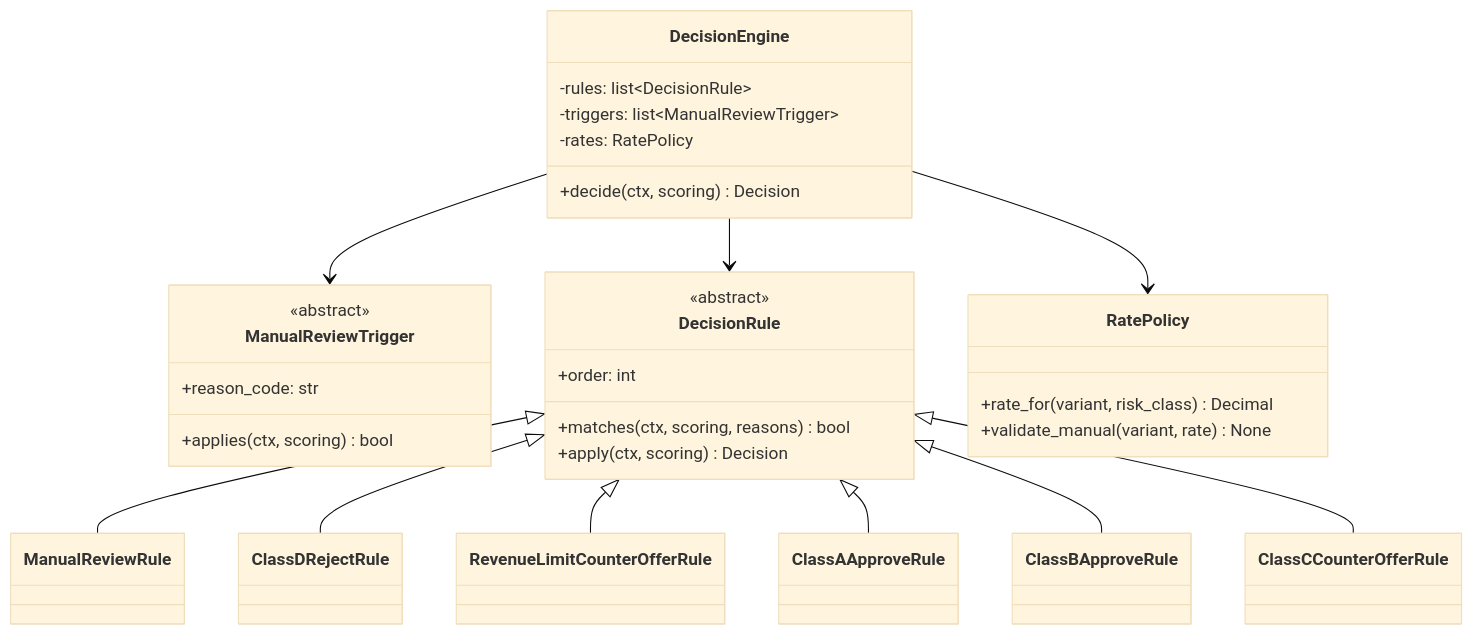
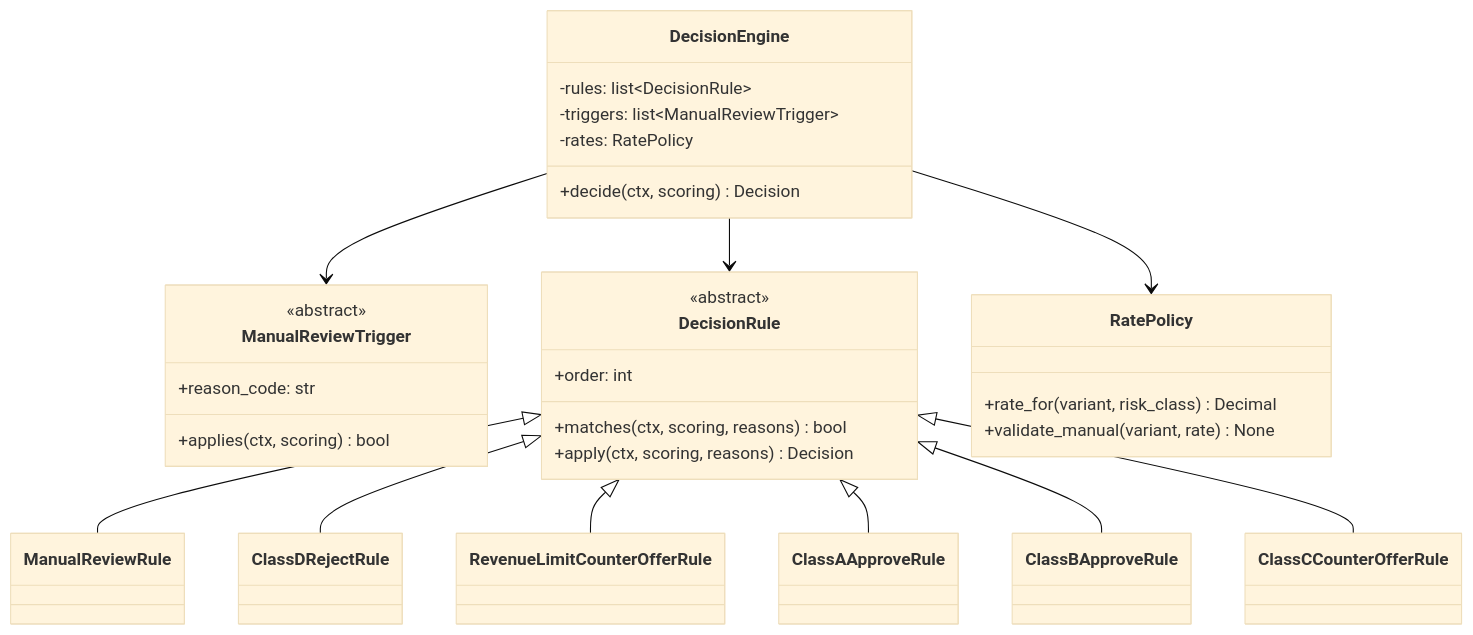
Before and after one commit to djentelmanick/alfa-hack-2026-credit-conveyor: the seventh of 11 diagrams in backend/docs/BACKEND_SPEC.md, drawn with Mermaid (base theme). The commit also changed other lines of this file and 189 other files, not shown here.

````diff
--- a/backend/docs/BACKEND_SPEC.md
+++ b/backend/docs/BACKEND_SPEC.md
@@ -702,34 +879,34 @@
 ```mermaid
 classDiagram
 direction TB
 class DecisionEngine {
   -rules: list~DecisionRule~
   -triggers: list~ManualReviewTrigger~
   -rates: RatePolicy
   +decide(ctx, scoring) Decision
 }
 class ManualReviewTrigger {
   <<abstract>>
   +reason_code: str
   +applies(ctx, scoring) bool
 }
 class DecisionRule {
   <<abstract>>
   +order: int
   +matches(ctx, scoring, reasons) bool
-  +apply(ctx, scoring) Decision
+  +apply(ctx, scoring, reasons) Decision
 }
 class RatePolicy {
   +rate_for(variant, risk_class) Decimal
   +validate_manual(variant, rate) None
 }
 DecisionEngine --> ManualReviewTrigger
 DecisionEngine --> DecisionRule
 DecisionEngine --> RatePolicy
 DecisionRule <|-- ManualReviewRule
 DecisionRule <|-- ClassDRejectRule
 DecisionRule <|-- RevenueLimitCounterOfferRule
 DecisionRule <|-- ClassAApproveRule
 DecisionRule <|-- ClassBApproveRule
 DecisionRule <|-- ClassCCounterOfferRule
 ```
````
